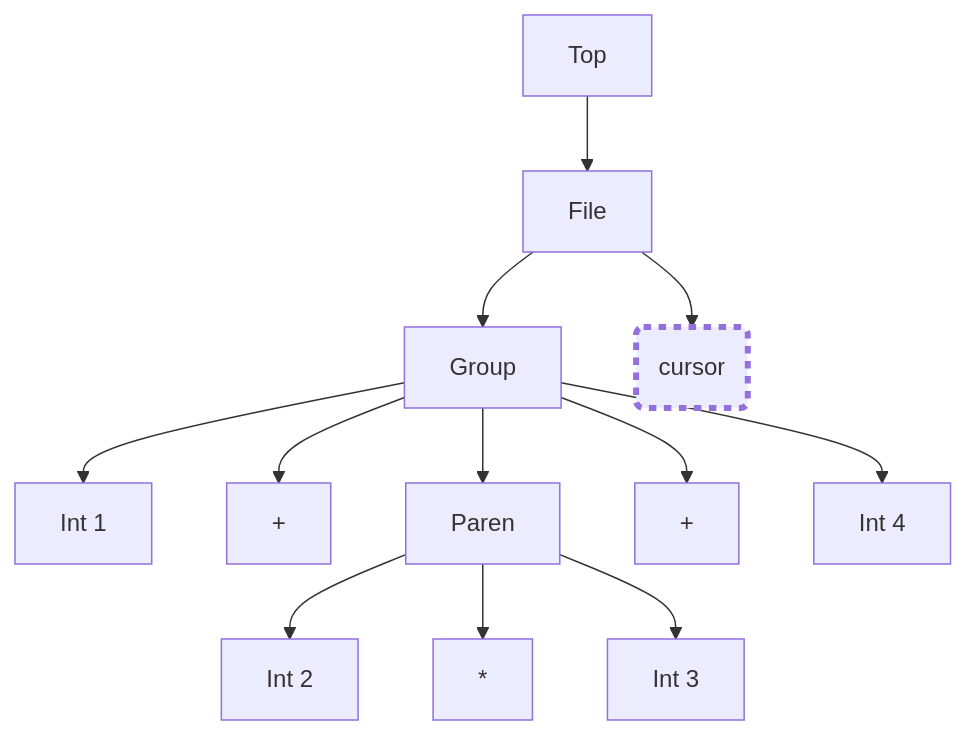
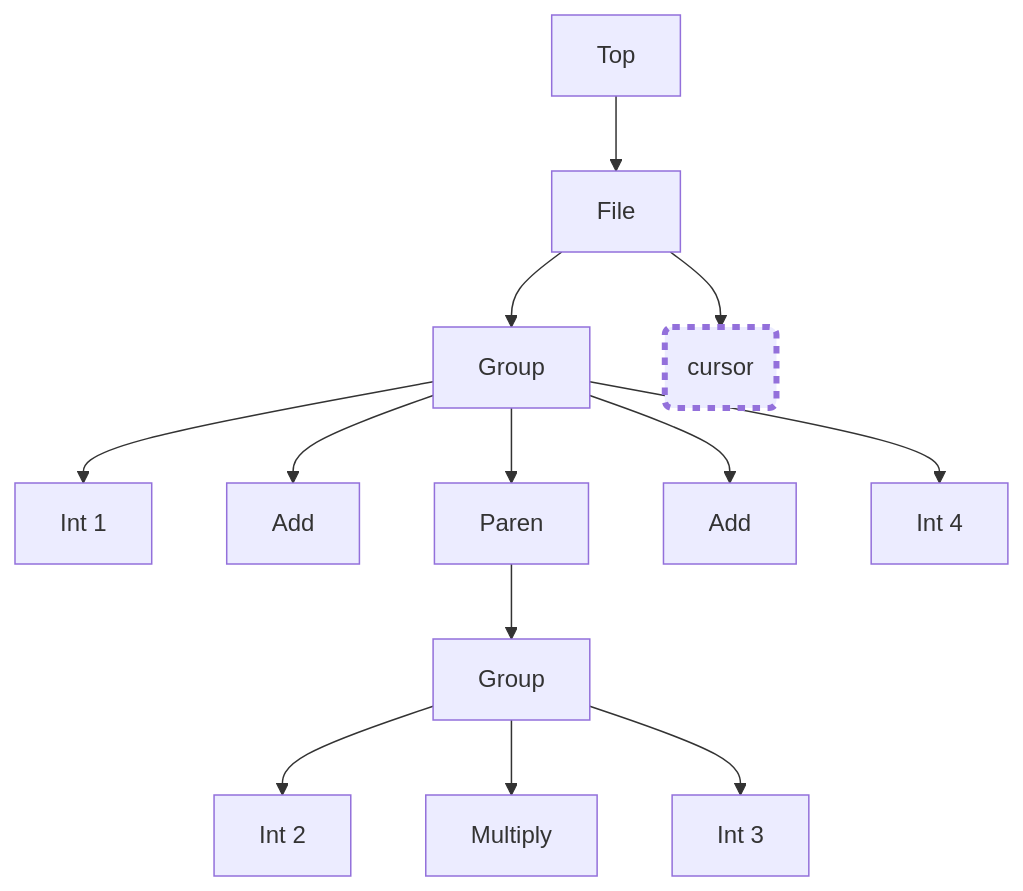
Diagram 16 of 27 in samples/infix/README.md (microsoft/Trieste), drawn with Mermaid before and after one commit. The commit also changed other lines of this file, not shown here.

````diff
--- a/samples/infix/README.md
+++ b/samples/infix/README.md
@@ -601,15 +603,16 @@
 ``` mermaid
 graph TD;
   A[Top]-->B[File]
   B-->C[Group]
   C-->D[Int 1]
-  C-->E[+]
+  C-->E[Add]
   C-->F[Paren]
-  F-->G[Int 2]
-  F-->H[*]
-  F-->I[Int 3]
-  C-->J[+]
+  F-->M[Group]
+  M-->G[Int 2]
+  M-->H[Multiply]
+  M-->I[Int 3]
+  C-->J[Add]
   C-->K[Int 4]
   B-->L(cursor):::cursor
   classDef cursor stroke-width:4px,stroke-dasharray:5 5;
 ```
````
